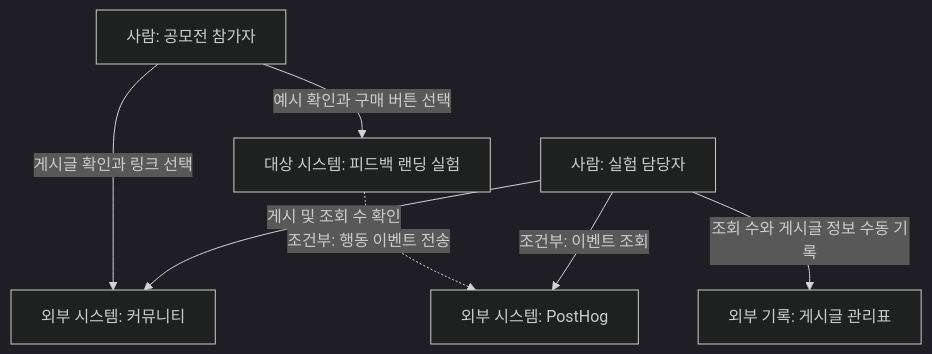
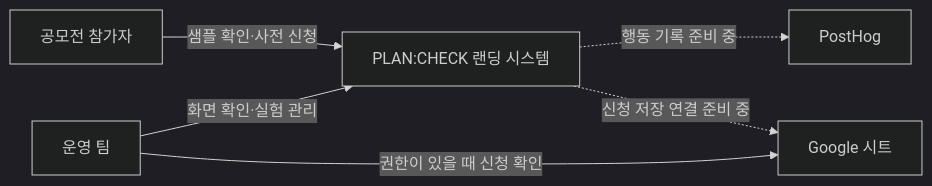
One commit to HelloMyMe-M1-2/contest-feedback-landing changed the first of 2 diagrams in docs/c4-architecture.md. Above: the diagram before and after it, drawn with Mermaid (dark theme). The commit also changed other lines of this file and 13 other files, not shown here.

````diff
--- a/docs/c4-architecture.md
+++ b/docs/c4-architecture.md
@@ -24,16 +9,8 @@
 ```mermaid
-flowchart TB
-  Visitor["사람: 공모전 참가자"]
-  Team["사람: 실험 담당자"]
-  Community["외부 시스템: 커뮤니티"]
-  Landing["대상 시스템: 피드백 랜딩 실험"]
-  PostHog["외부 시스템: PostHog"]
-  Ledger["외부 기록: 게시글 관리표"]
-
-  Visitor -->|"게시글 확인과 링크 선택"| Community
-  Visitor -->|"예시 확인과 구매 버튼 선택"| Landing
-  Landing -.->|"조건부: 행동 이벤트 전송"| PostHog
-  Team -->|"게시 및 조회 수 확인"| Community
-  Team -->|"조회 수와 게시글 정보 수동 기록"| Ledger
-  Team -->|"조건부: 이벤트 조회"| PostHog
+flowchart LR
+  Participant["공모전 참가자"] -->|"샘플 확인·사전 신청"| Landing["PLAN:CHECK 랜딩 시스템"]
+  Team["운영 팀"] -->|"화면 확인·실험 관리"| Landing
+  Landing -. "행동 기록 준비 중" .-> PostHog["PostHog"]
+  Landing -. "신청 저장 연결 준비 중" .-> Sheet["Google 시트"]
+  Team -->|"권한이 있을 때 신청 확인"| Sheet
 ```
````
